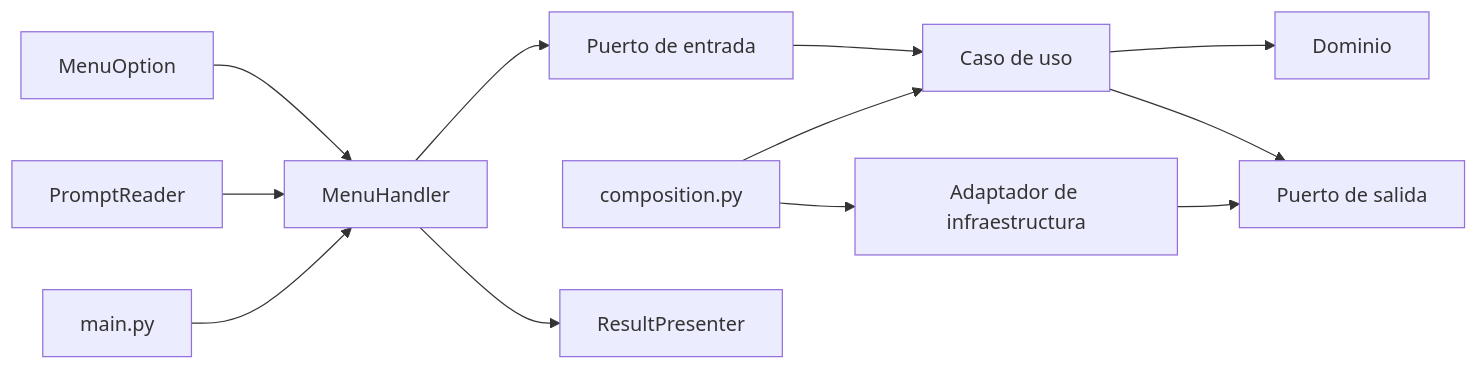
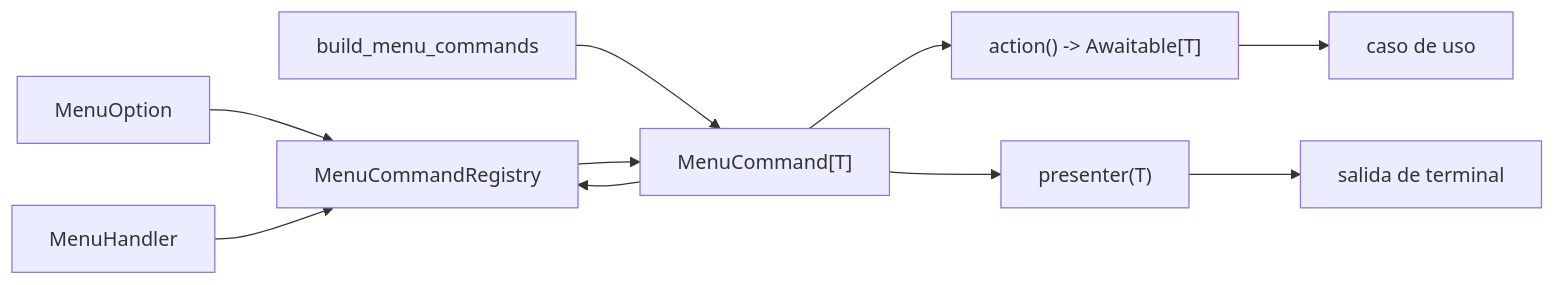
Before and after one commit to AlexAlgarate/strava_analisys: the diagram in docs/adding-cli-option.md, drawn with Mermaid. The commit also changed other lines of this file and 2 other files, not shown here.

Commit message:
docs: explain the extensible command architecture

````diff
--- a/docs/adding-cli-option.md
+++ b/docs/adding-cli-option.md
@@ -18,14 +10,12 @@
 ```mermaid
 flowchart LR
-    Option["MenuOption"] --> Handler["MenuHandler"]
-    Prompt["PromptReader"] --> Handler
-    Handler --> Input["Puerto de entrada"]
-    Input --> UseCase["Caso de uso"]
-    UseCase --> Domain["Dominio"]
-    UseCase --> Output["Puerto de salida"]
-    Adapter["Adaptador de infraestructura"] --> Output
-    Composition["composition.py"] --> UseCase
-    Composition --> Adapter
-    Main["main.py"] --> Handler
-    Handler --> Presenter["ResultPresenter"]
+    Option["MenuOption"] --> Registry["MenuCommandRegistry"]
+    Composition["build_menu_commands"] --> Command["MenuCommand[T]"]
+    Command --> Registry
+    Handler["MenuHandler"] --> Registry
+    Registry --> Command
+    Command --> Action["action() -> Awaitable[T]"]
+    Command --> Presenter["presenter(T)"]
+    Action --> UseCase["caso de uso"]
+    Presenter --> Console["salida de terminal"]
 ```
````
